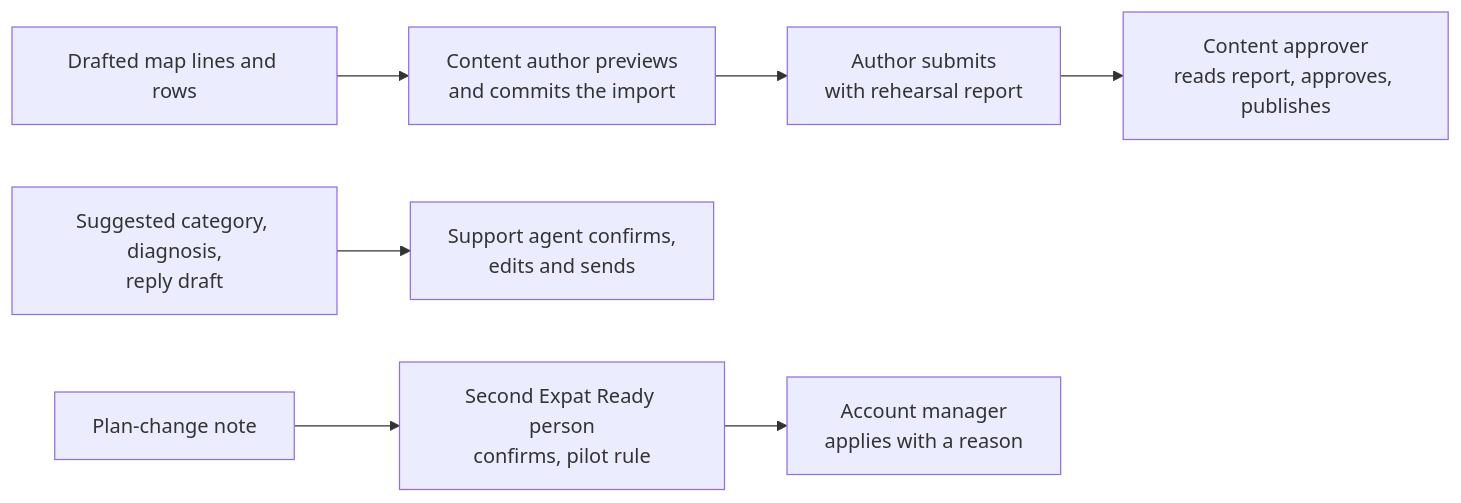
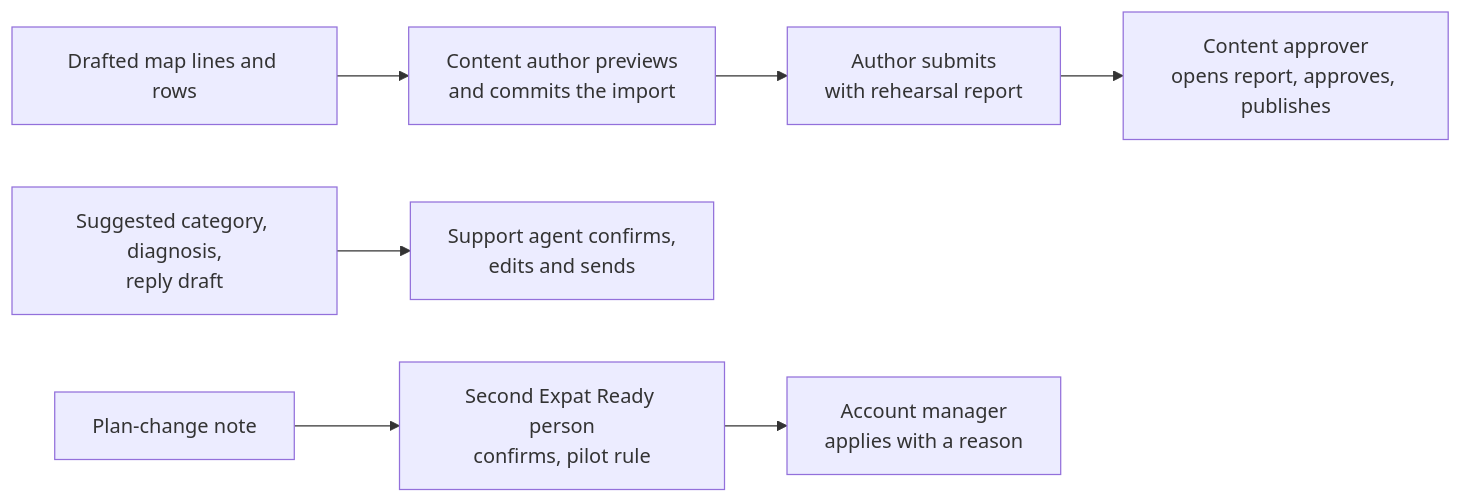
One commit to ranjan-expatready/xpatready changed the third of 4 diagrams in ai-workers/requirements/AW-02-platform-ai-assistants_v0.1.md. Above: the diagram before and after it, drawn with Mermaid. The commit also changed other lines of this file and 39 other files, not shown here.

````diff
--- a/ai-workers/requirements/AW-02-platform-ai-assistants_v0.1.md
+++ b/ai-workers/requirements/AW-02-platform-ai-assistants_v0.1.md
@@ -107,6 +123,6 @@
 ```mermaid
 flowchart LR
-    MAP[Drafted map lines and rows] --> IMP[Content author previews<br/>and commits the import] --> SUB[Author submits<br/>with rehearsal report] --> APP[Content approver<br/>reads report, approves, publishes]
+    MAP[Drafted map lines and rows] --> IMP[Content author previews<br/>and commits the import] --> SUB[Author submits<br/>with rehearsal report] --> APP[Content approver<br/>opens report, approves, publishes]
     TRI[Suggested category, diagnosis,<br/>reply draft] --> AG[Support agent confirms,<br/>edits and sends]
     NOTE[Plan-change note] --> SEC[Second Expat Ready person<br/>confirms, pilot rule] --> AM[Account manager<br/>applies with a reason]
 ```
````
